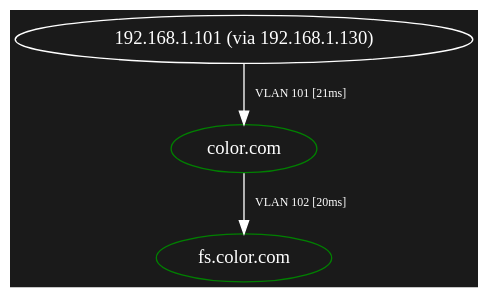
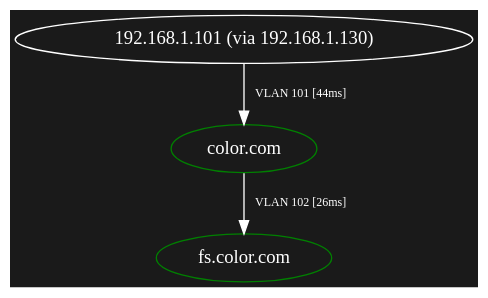
Before and after one commit to GyulyVGC/nullnet-grpc: the diagram in graph.dot, drawn with Graphviz. The commit also changed 9 other files, not shown here.

```diff
--- a/graph.dot
+++ b/graph.dot
@@ -1,11 +1,11 @@
 digraph G {
 	bgcolor=grey10;
 	node [color=white, fontcolor=white];
 	edge [color=white, fontcolor=white, fontsize=9, labelangle=180, labeldistance=0.8];
 
 	"color.com" [style=solid, color=green];
-	"192.168.1.101 (via 192.168.1.130)" -> "color.com" [label="VLAN 101 [21ms]"];
+	"192.168.1.101 (via 192.168.1.130)" -> "color.com" [label="VLAN 101 [44ms]"];
 
 	"fs.color.com" [style=solid, color=green];
-	"color.com" -> "fs.color.com" [label="VLAN 102 [20ms]"];
+	"color.com" -> "fs.color.com" [label="VLAN 102 [26ms]"];
 }
```
